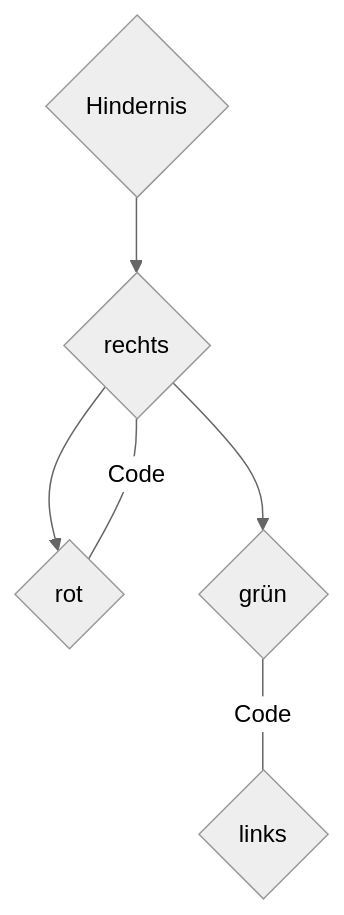
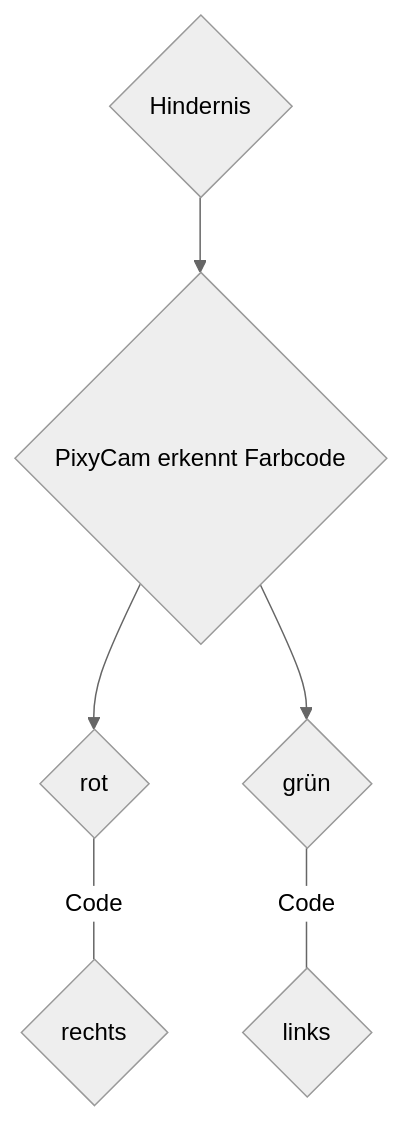
The diagram in Programme/Hindernisrennen/README.md (SchroedingersBit/PfortGTPanama), drawn with Mermaid (neutral theme) before and after one commit.

````diff
--- a/Programme/Hindernisrennen/README.md
+++ b/Programme/Hindernisrennen/README.md
@@ -4,5 +4,6 @@
 ```mermaid
 graph TB;
-A{Hindernis} -->C{PixyCam erkennt Farbcode} --> B{rot}--Code---C{rechts};
-C-->D{grün}--Code---E{links};
+A{Hindernis} -->B{PixyCam erkennt Farbcode};
+B-->C{rot}--Code---D{rechts};
+B-->E{grün}--Code---F{links};
 ```
````
